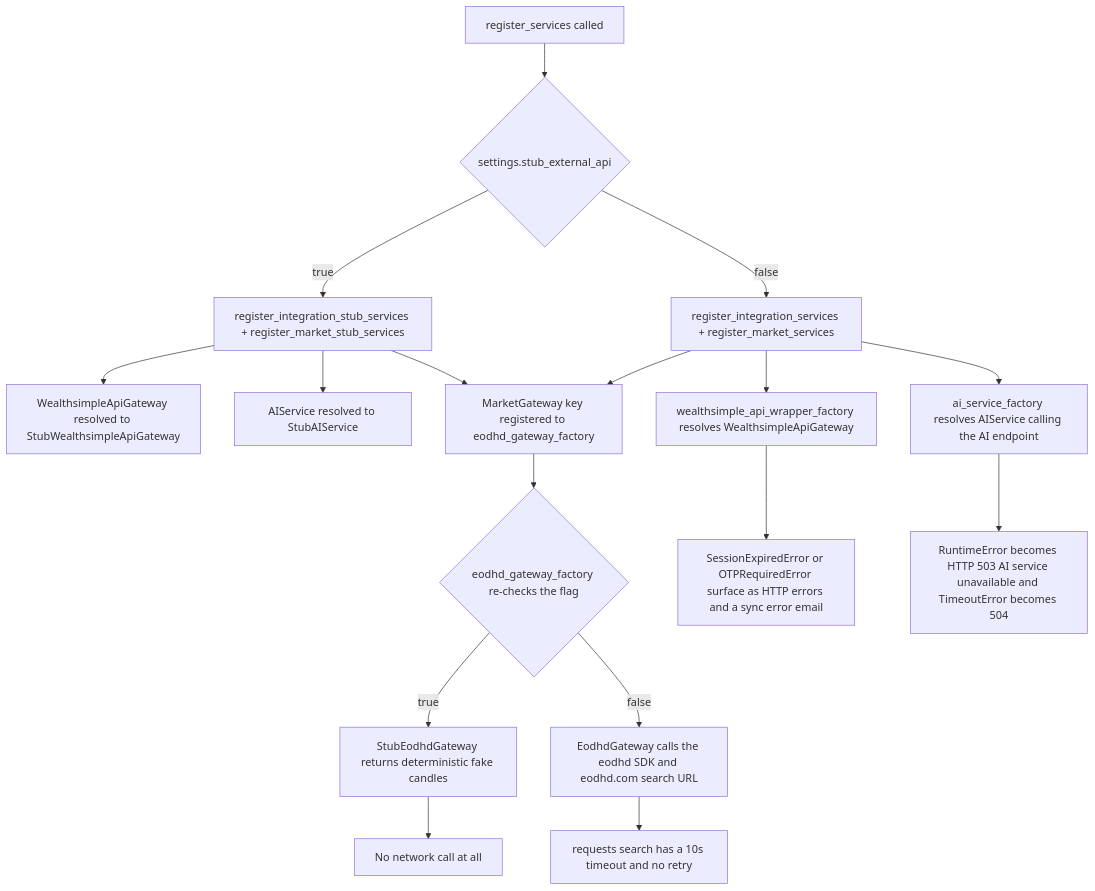
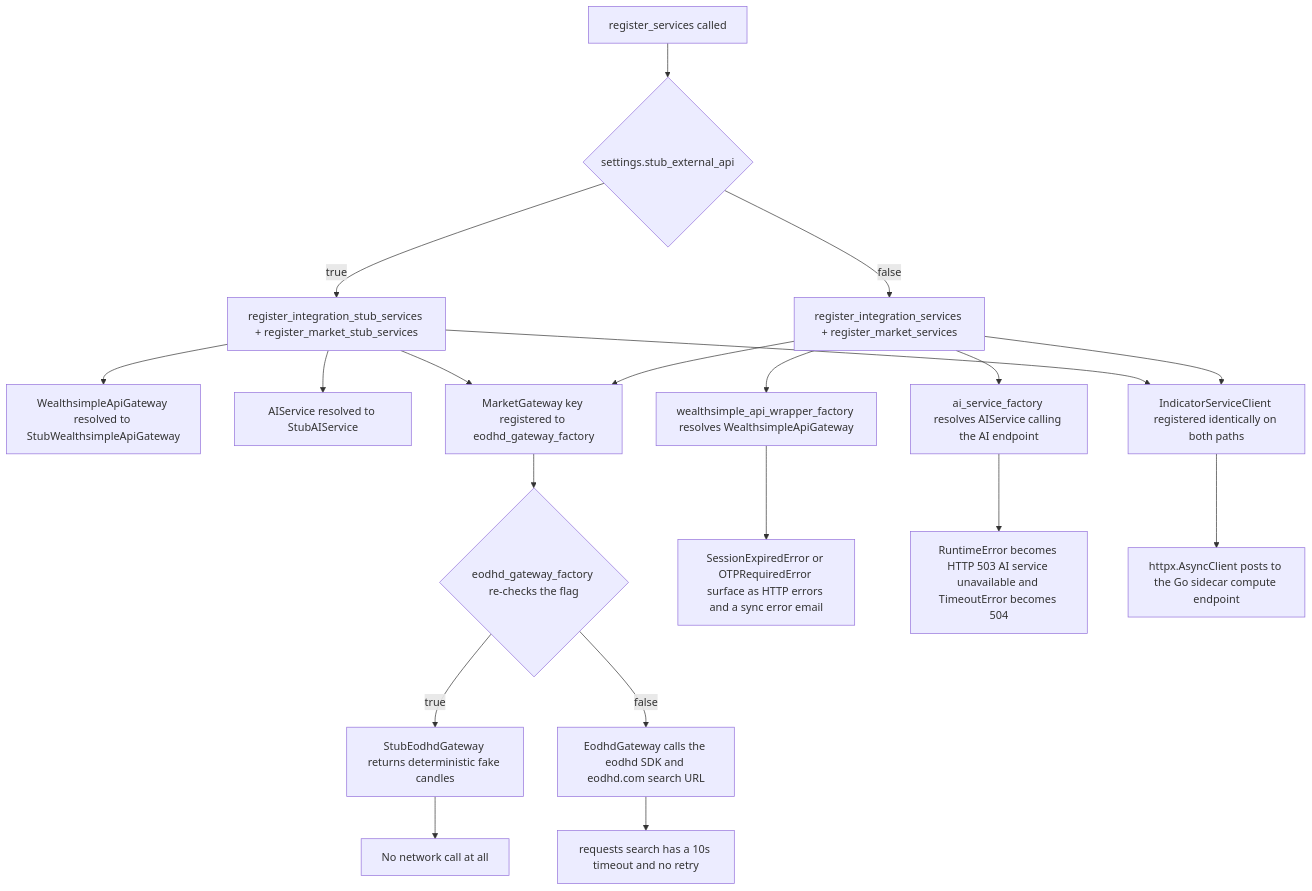
Before and after one commit to havekes/retail-portfolio: the diagram in openwiki/integrations/external-services.md, drawn with Mermaid. The commit also changed other lines of this file and 51 other files, not shown here.

````diff
--- a/openwiki/integrations/external-services.md
+++ b/openwiki/integrations/external-services.md
@@ -142,19 +166,22 @@
 ```mermaid
 flowchart TD
     A["register_services called"] --> B{"settings.stub_external_api"}
     B -->|"true"| C["register_integration_stub_services + register_market_stub_services"]
     B -->|"false"| D["register_integration_services + register_market_services"]
     C --> E["WealthsimpleApiGateway resolved to StubWealthsimpleApiGateway"]
     C --> F["AIService resolved to StubAIService"]
     D --> G["wealthsimple_api_wrapper_factory resolves WealthsimpleApiGateway"]
     D --> H["ai_service_factory resolves AIService calling the AI endpoint"]
     C --> I["MarketGateway key registered to eodhd_gateway_factory"]
     D --> I
     I --> J{"eodhd_gateway_factory re-checks the flag"}
     J -->|"true"| K["StubEodhdGateway returns deterministic fake candles"]
     J -->|"false"| L["EodhdGateway calls the eodhd SDK and eodhd.com search URL"]
     G --> M["SessionExpiredError or OTPRequiredError surface as HTTP errors and a sync error email"]
     H --> N["RuntimeError becomes HTTP 503 AI service unavailable and TimeoutError becomes 504"]
     L --> O["requests search has a 10s timeout and no retry"]
     K --> P["No network call at all"]
+    C --> Q["IndicatorServiceClient registered identically on both paths"]
+    D --> Q
+    Q --> R["httpx.AsyncClient posts to the Go sidecar compute endpoint"]
 ```
````
